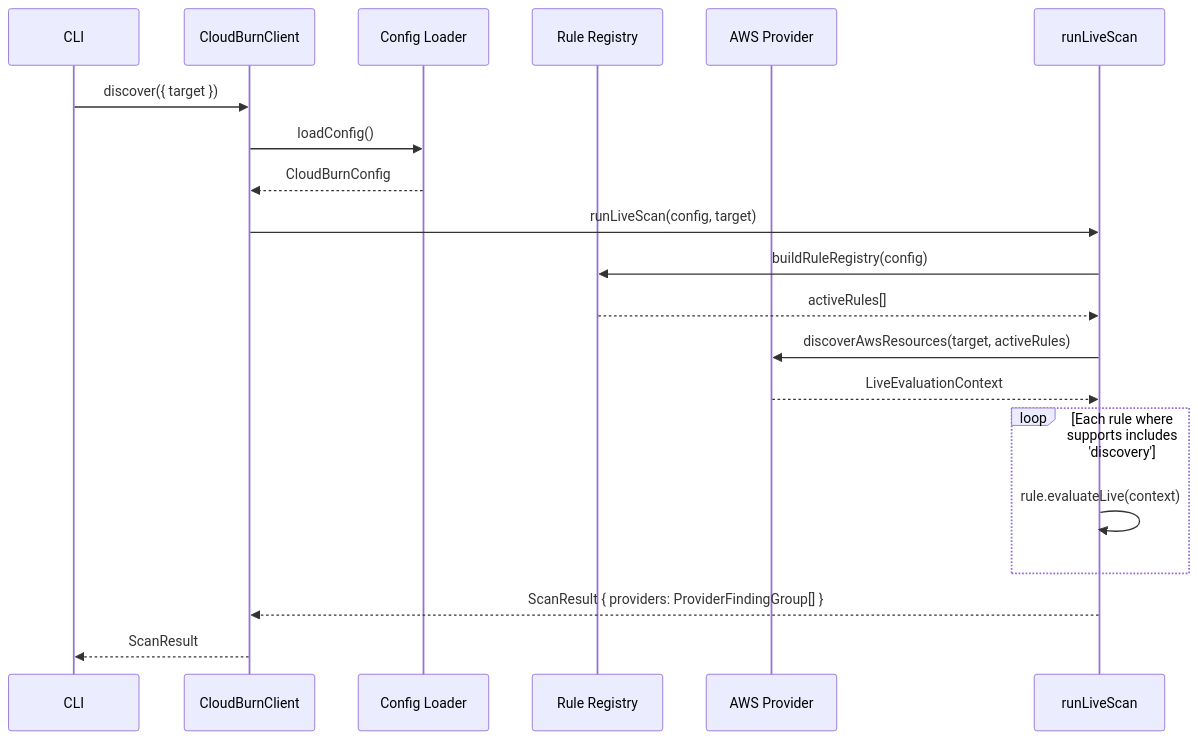
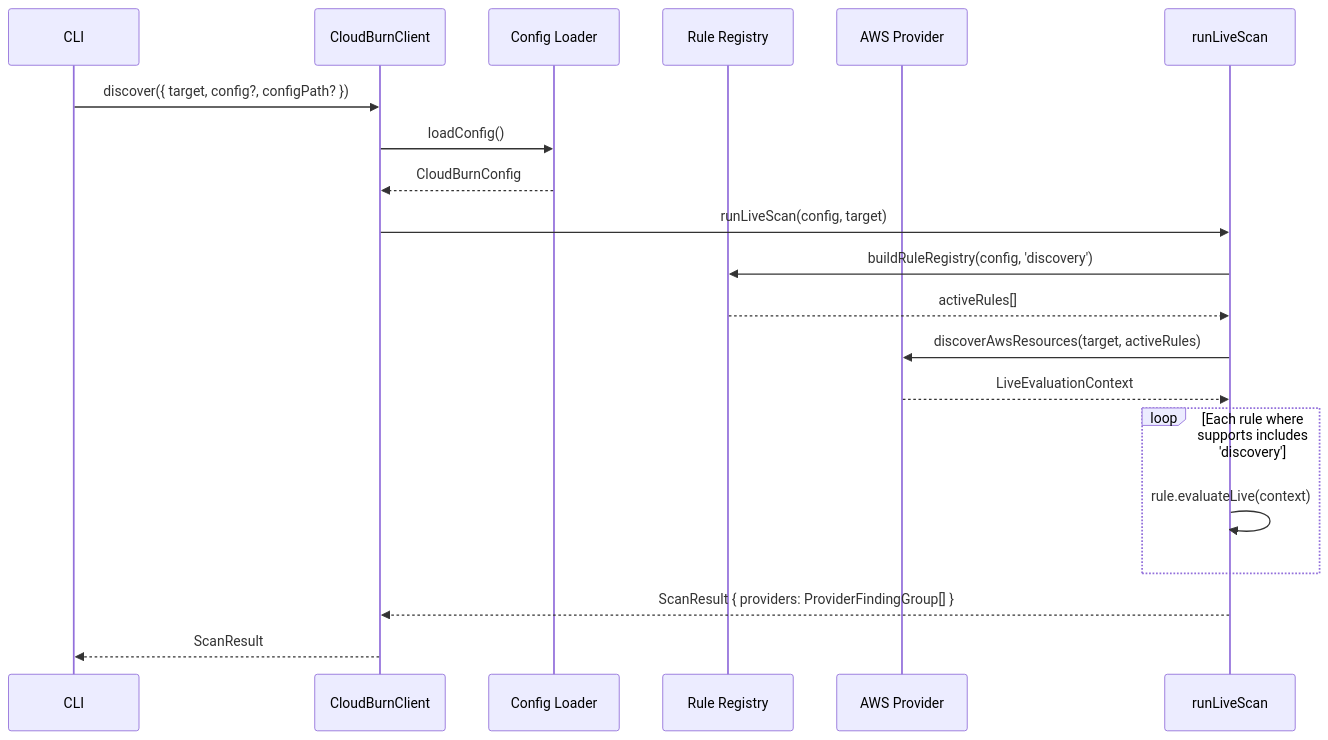
The third of 3 diagrams in docs/ARCHITECTURE.md (towardsthecloud/cloudburn), drawn with Mermaid before and after one commit. The commit also changed other lines of this file and 32 other files, not shown here.

````diff
--- a/docs/ARCHITECTURE.md
+++ b/docs/ARCHITECTURE.md
@@ -47,23 +47,23 @@
 ```mermaid
 sequenceDiagram
   participant CLI
   participant Scanner as CloudBurnClient
   participant Config as Config Loader
   participant Registry as Rule Registry
   participant AWS as AWS Provider
   participant Engine as runLiveScan
 
-  CLI->>Scanner: discover({ target })
+  CLI->>Scanner: discover({ target, config?, configPath? })
   Scanner->>Config: loadConfig()
   Config-->>Scanner: CloudBurnConfig
   Scanner->>Engine: runLiveScan(config, target)
-  Engine->>Registry: buildRuleRegistry(config)
+  Engine->>Registry: buildRuleRegistry(config, 'discovery')
   Registry-->>Engine: activeRules[]
   Engine->>AWS: discoverAwsResources(target, activeRules)
   AWS-->>Engine: LiveEvaluationContext
   loop Each rule where supports includes 'discovery'
     Engine->>Engine: rule.evaluateLive(context)
   end
   Engine-->>Scanner: ScanResult { providers: ProviderFindingGroup[] }
   Scanner-->>CLI: ScanResult
 ```
````
